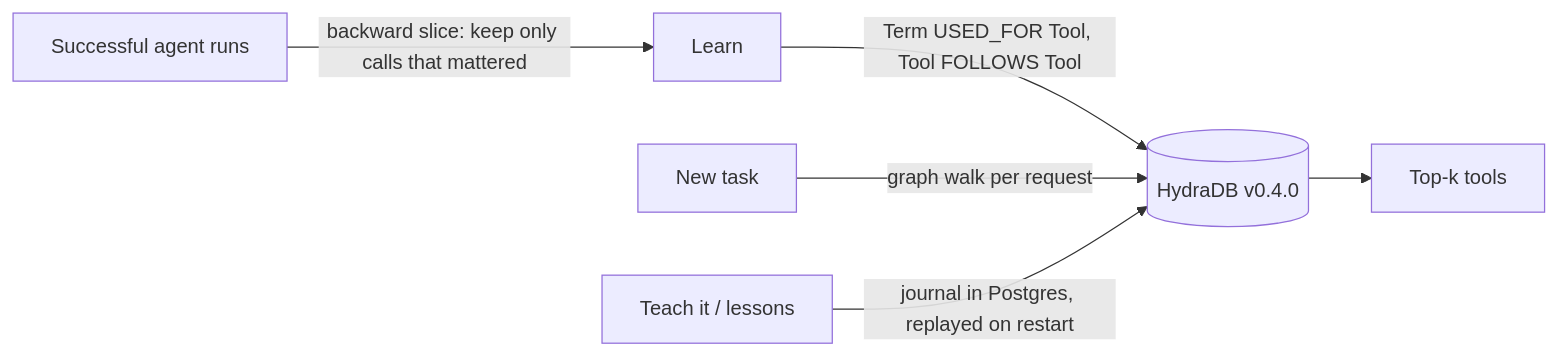
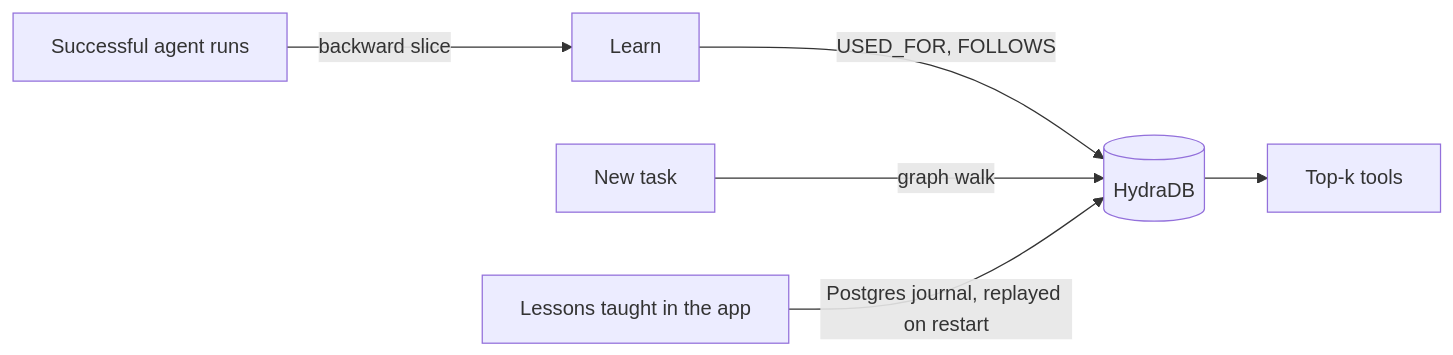
Before and after one commit to BenCoy09/desire-path: the diagram in README.md, drawn with Mermaid. The commit also changed other lines of this file, not shown here.

````diff
--- a/README.md
+++ b/README.md
@@ -62,8 +37,8 @@
-~~~mermaid
+```mermaid
 flowchart LR
-  A[Successful agent runs] -->|backward slice: keep only calls that mattered| B[Learn]
-  B -->|Term USED_FOR Tool, Tool FOLLOWS Tool| C[(HydraDB v0.4.0)]
-  D[New task] -->|graph walk per request| C
+  A[Successful agent runs] -->|backward slice| B[Learn]
+  B -->|USED_FOR, FOLLOWS| C[(HydraDB)]
+  D[New task] -->|graph walk| C
   C --> E[Top-k tools]
-  F[Teach it / lessons] -->|journal in Postgres, replayed on restart| C
-~~~
+  F[Lessons taught in the app] -->|Postgres journal, replayed on restart| C
+```
````
